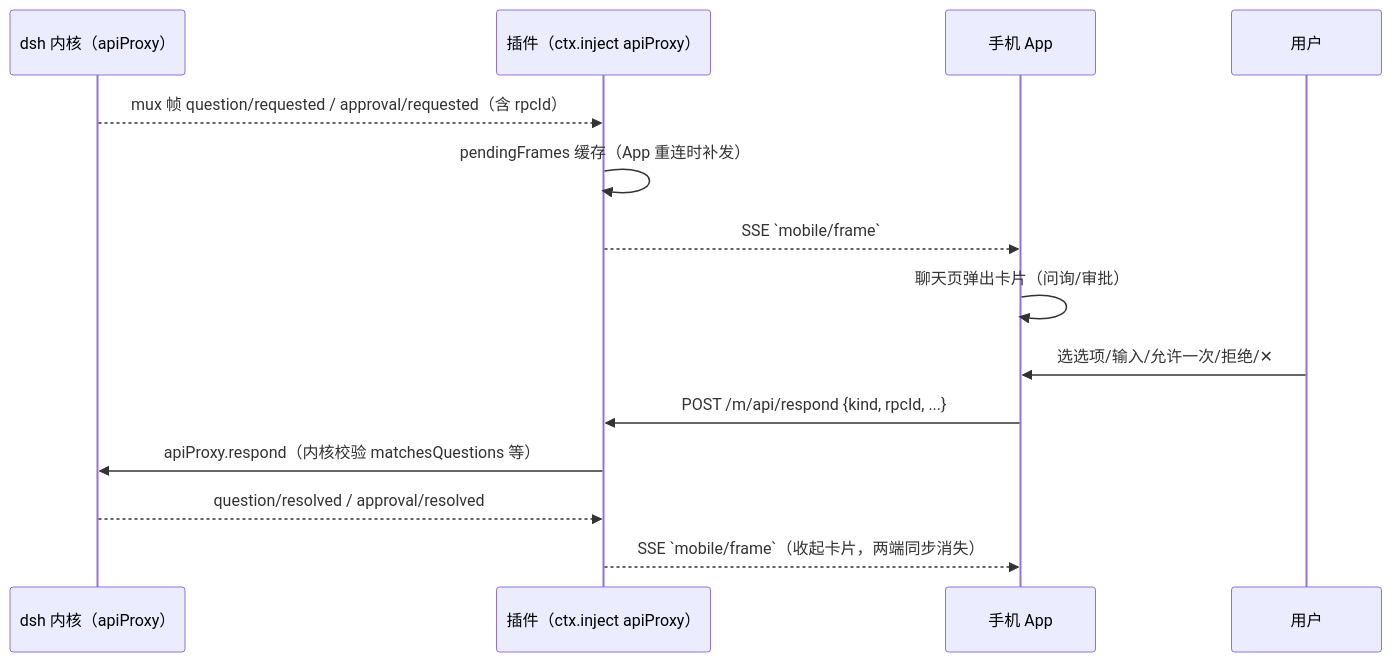
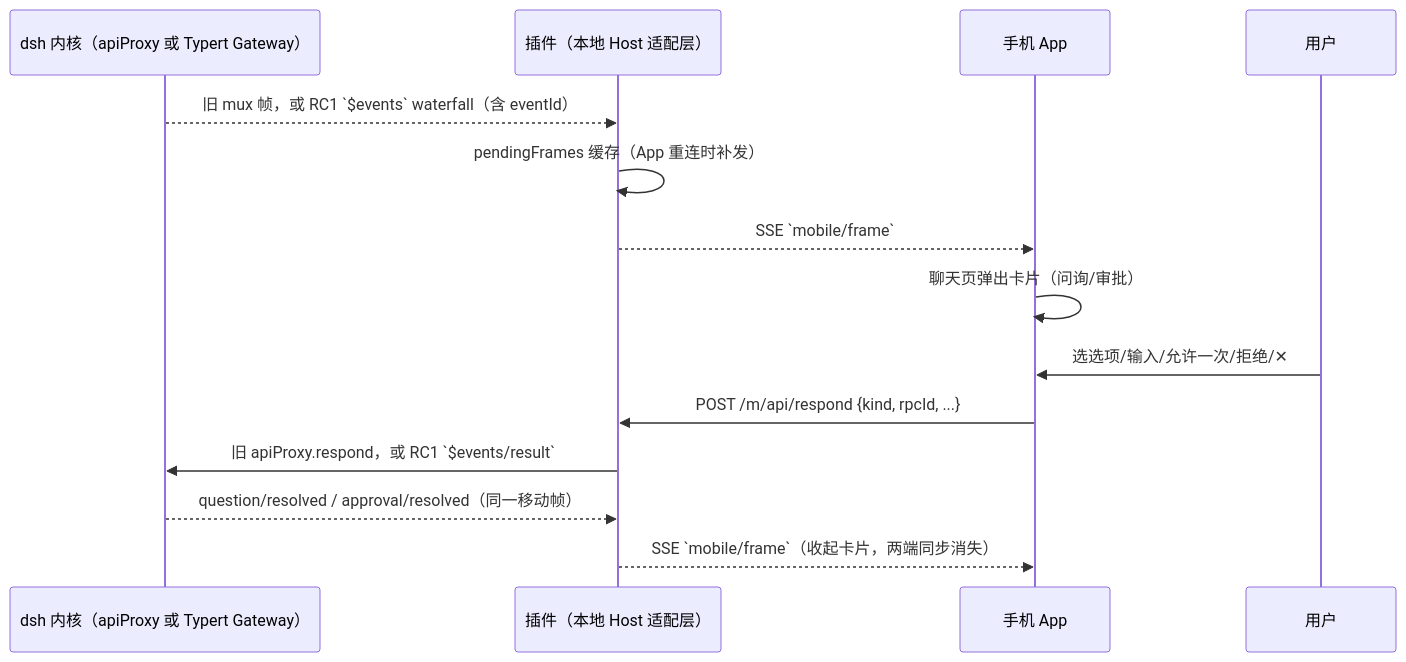
Before and after one commit to marktrue-ahu/dsh-mobile-remote: the fifth of 6 diagrams in docs/02-architecture.md, drawn with Mermaid. The commit also changed other lines of this file and 11 other files, not shown here.

````diff
--- a/docs/02-architecture.md
+++ b/docs/02-architecture.md
@@ -200,17 +200,17 @@
 ```mermaid
 sequenceDiagram
-    participant K as dsh 内核（apiProxy）
-    participant P as 插件（ctx.inject apiProxy）
+    participant K as dsh 内核（apiProxy 或 Typert Gateway）
+    participant P as 插件（本地 Host 适配层）
     participant M as 手机 App
     participant U as 用户
 
-    K-->>P: mux 帧 question/requested / approval/requested（含 rpcId）
+    K-->>P: 旧 mux 帧，或 RC1 `$events` waterfall（含 eventId）
     P->>P: pendingFrames 缓存（App 重连时补发）
     P-->>M: SSE `mobile/frame`
     M->>M: 聊天页弹出卡片（问询/审批）
     U->>M: 选选项/输入/允许一次/拒绝/✕
     M->>P: POST /m/api/respond {kind, rpcId, ...}
-    P->>K: apiProxy.respond（内核校验 matchesQuestions 等）
-    K-->>P: question/resolved / approval/resolved
+    P->>K: 旧 apiProxy.respond，或 RC1 `$events/result`
+    K-->>P: question/resolved / approval/resolved（同一移动帧）
     P-->>M: SSE `mobile/frame`（收起卡片，两端同步消失）
 ```
````
